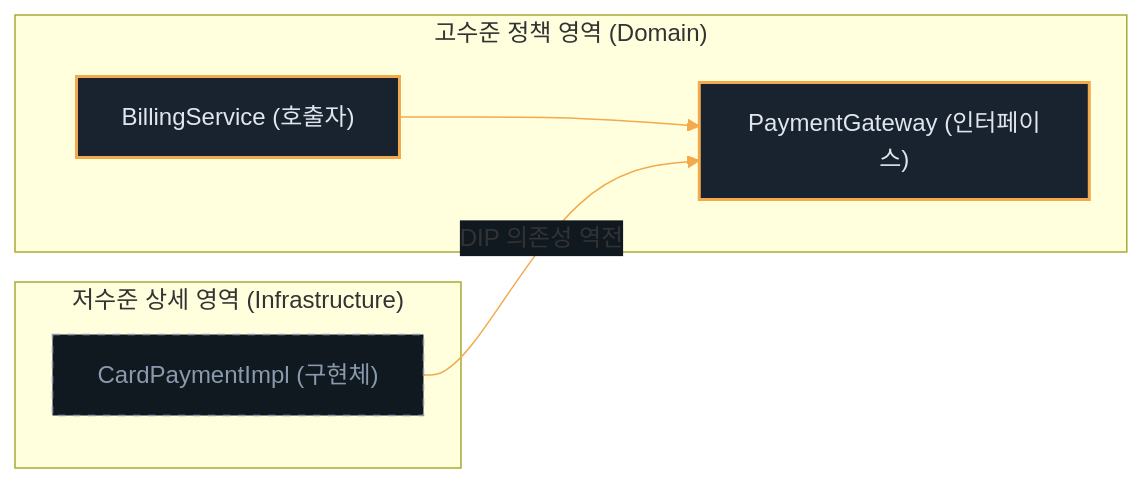
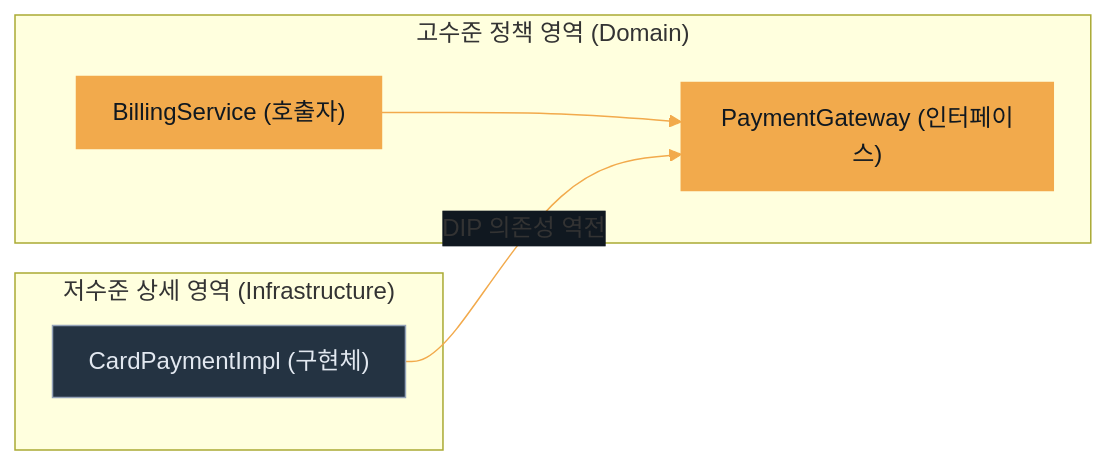
Before and after one commit to qus0in/slide-maker: the diagram in slides.md, drawn with Mermaid. The commit also changed other lines of this file and 2 other files, not shown here.

Commit message:
refactor(slides): use blockquotes for SOLID definitions, improve Mermaid contrast on slide 15, and adjust global styles

````diff
--- a/slides.md
+++ b/slides.md
@@ -204,25 +219,29 @@
 ```mermaid
 ---
 config:
   themeVariables:
     lineColor: "#F2AA4C"
     arrowheadColor: "#F2AA4C"
     edgeLabelBackground: "#101820"
+  flowchart:
+    padding: 12
+    nodeSpacing: 50
+    rankSpacing: 50
 ---
 flowchart LR
   subgraph HighLevel ["고수준 정책 영역 (Domain)"]
     Service["BillingService (호출자)"]
     Intf["PaymentGateway (인터페이스)"]
   end
   subgraph LowLevel ["저수준 상세 영역 (Infrastructure)"]
     CardPay["CardPaymentImpl (구현체)"]
   end
 
   Service --> Intf
   CardPay -->|DIP 의존성 역전| Intf
   
-  classDef core fill:#18232F,stroke:#F2AA4C,color:#E0E6ED,stroke-width:2px;
-  classDef detail fill:#101820,stroke:#8A9Aad,color:#8A9Aad,stroke-dasharray: 5 5;
+  classDef core fill:#F2AA4C,stroke:#F2AA4C,color:#101820;
+  classDef detail fill:#243342,stroke:#94A3B8,color:#E2E8F0;
   class Service,Intf core;
   class CardPay detail;
 ```
````
